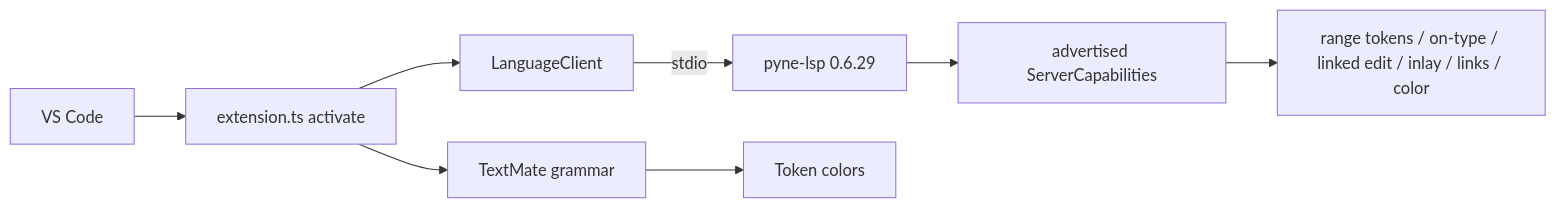
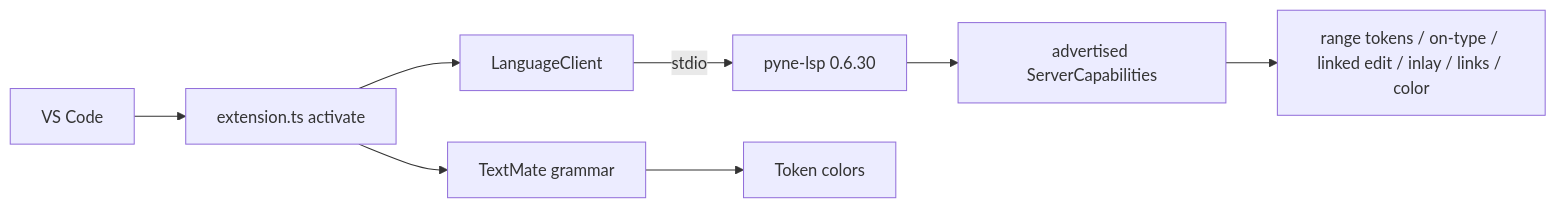
The diagram in docs/pyne/lsp/vscode-extension.mdx (hoox-sh/pyne), drawn with Mermaid before and after one commit. The commit also changed other lines of this file and 63 other files, not shown here.

````diff
--- a/docs/pyne/lsp/vscode-extension.mdx
+++ b/docs/pyne/lsp/vscode-extension.mdx
@@ -33,10 +33,10 @@
 ```mermaid
 flowchart LR
   VS[VS Code] --> EXT[extension.ts activate]
   EXT --> LC[LanguageClient]
-  LC -->|stdio| LSP[pyne-lsp 0.6.29]
+  LC -->|stdio| LSP[pyne-lsp 0.6.30]
   EXT --> TM[TextMate grammar]
   TM --> HL[Token colors]
   LSP --> CAP[advertised ServerCapabilities]
   CAP --> UI[range tokens / on-type / linked edit / inlay / links / color]
 ```
````
